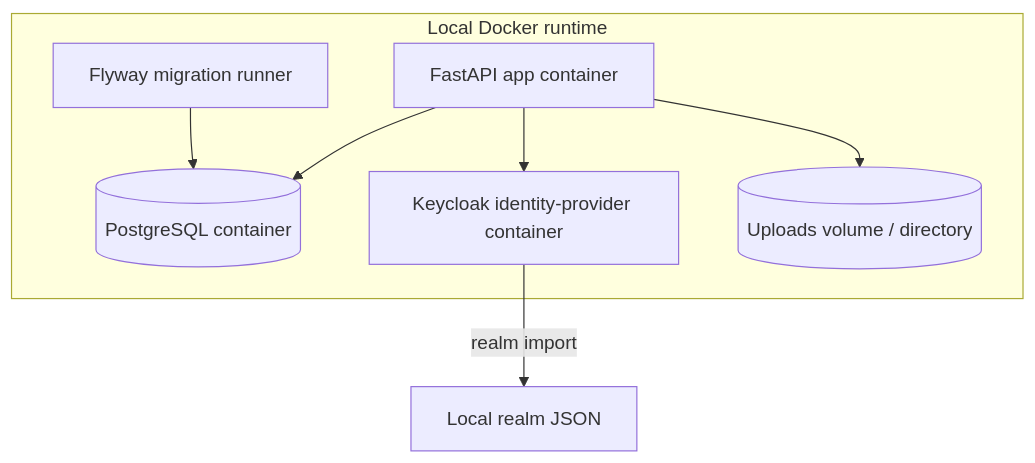
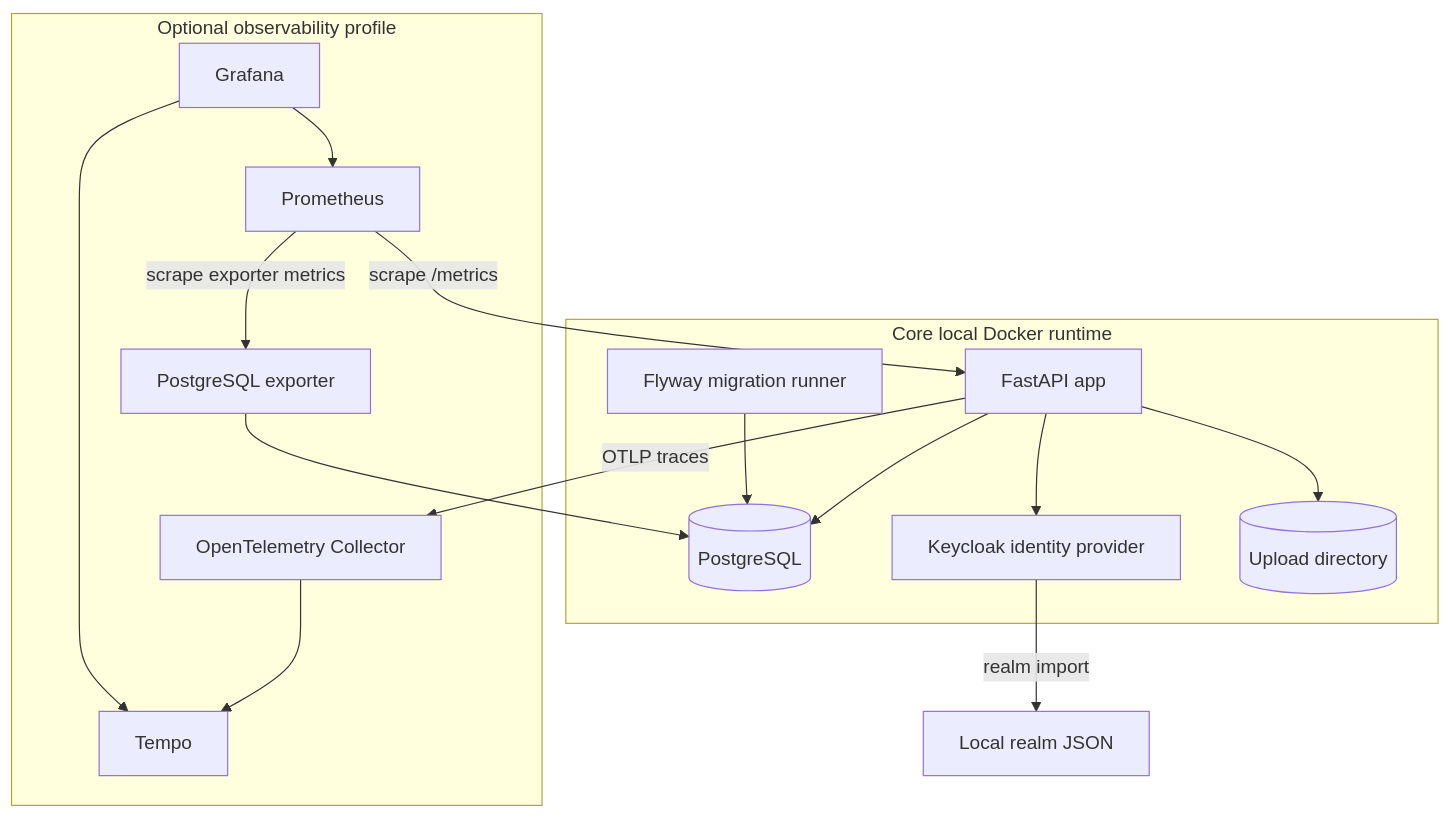
One commit to GeekStartup/spend-analyzer changed the second of 9 diagrams in docs/HLD.md. Above: the diagram before and after it, drawn with Mermaid. The commit also changed other lines of this file and 45 other files, not shown here.

````diff
--- a/docs/HLD.md
+++ b/docs/HLD.md
@@ -59,16 +71,32 @@
 ```mermaid
 flowchart TB
-    subgraph LocalRuntime[Local Docker runtime]
-        App[FastAPI app container]
-        Db[(PostgreSQL container)]
-        Keycloak[Keycloak identity-provider container]
+    subgraph CoreRuntime[Core local Docker runtime]
+        App[FastAPI app]
+        Db[(PostgreSQL)]
+        Keycloak[Keycloak identity provider]
         Flyway[Flyway migration runner]
-        Uploads[(Uploads volume / directory)]
+        Uploads[(Upload directory)]
+    end
+
+    subgraph OptionalObservability[Optional observability profile]
+        Collector[OpenTelemetry Collector]
+        Prometheus[Prometheus]
+        Grafana[Grafana]
+        Tempo[Tempo]
+        PgExporter[PostgreSQL exporter]
     end
 
     App --> Db
     App --> Keycloak
     App --> Uploads
     Flyway --> Db
     Keycloak -->|realm import| Realm[Local realm JSON]
+
+    Prometheus -->|scrape /metrics| App
+    PgExporter --> Db
+    Prometheus -->|scrape exporter metrics| PgExporter
+    App -->|OTLP traces| Collector
+    Collector --> Tempo
+    Grafana --> Prometheus
+    Grafana --> Tempo
 ```
````
